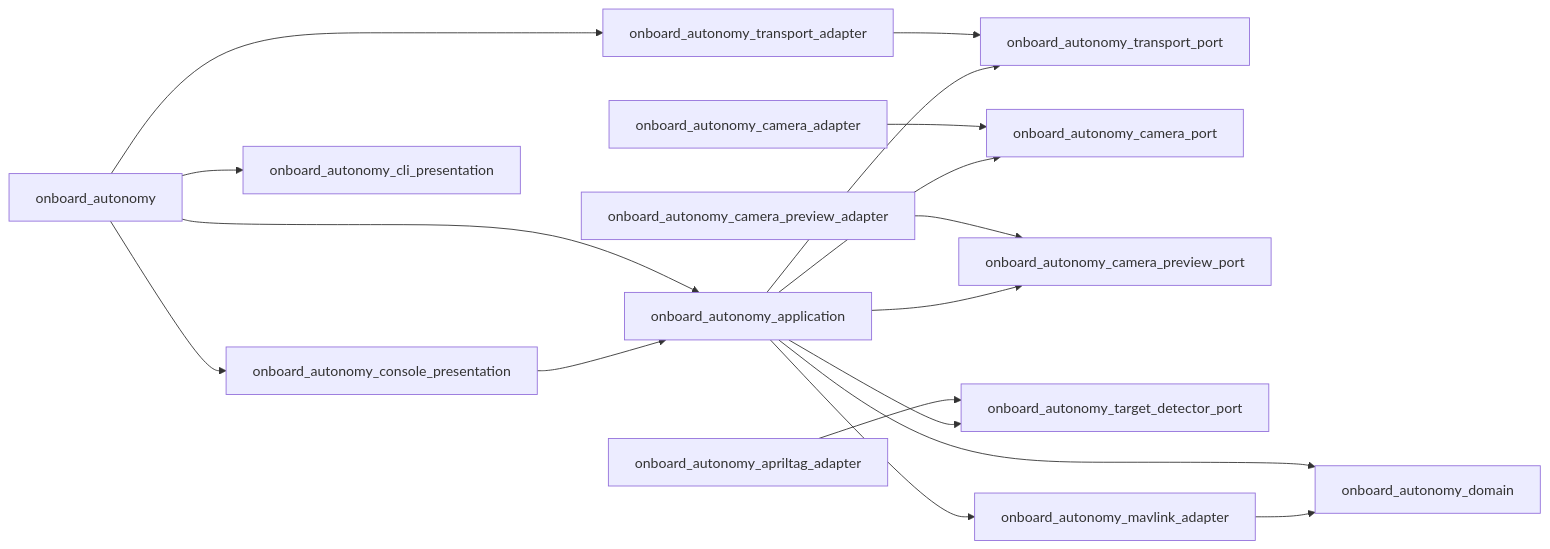
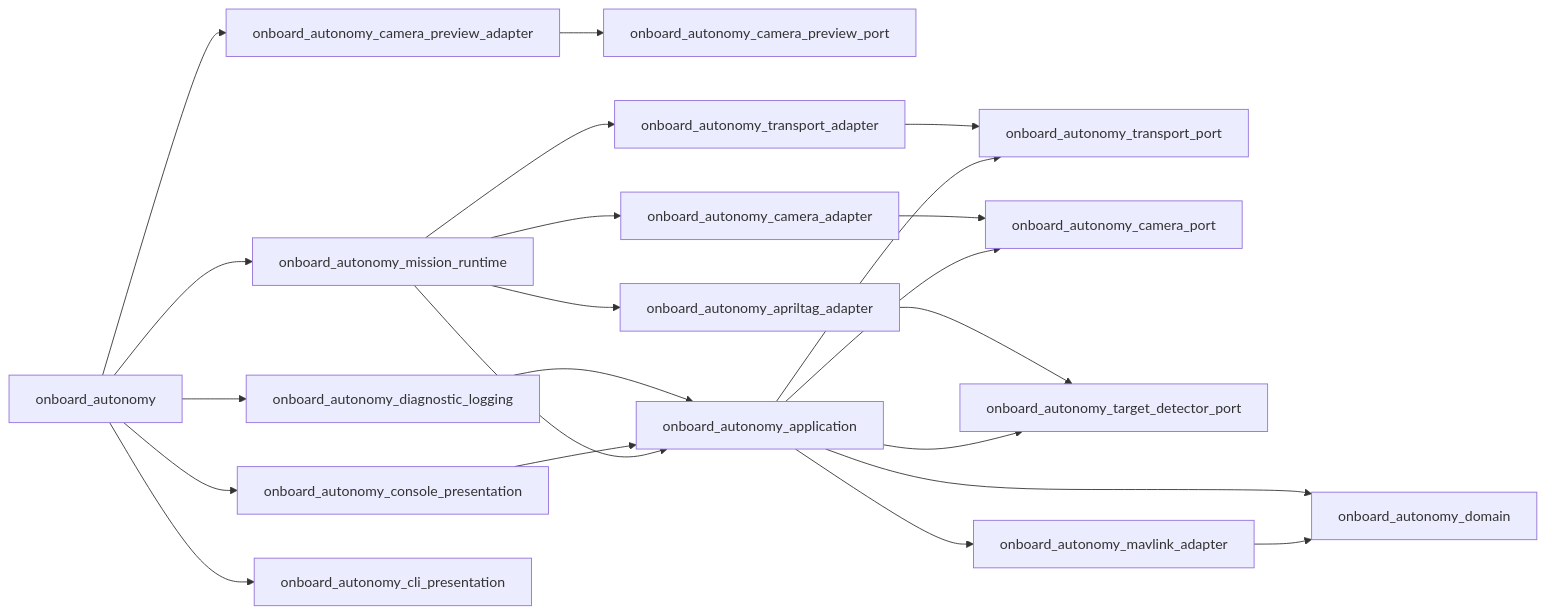
Before and after one commit to matemink/OnboardAutonomy: the second of 2 diagrams in docs/architecture.md, drawn with Mermaid. The commit also changed other lines of this file and 17 other files, not shown here.

First line of the commit message:
Separate mission runtime from operator and diagnostics (#45)

````diff
--- a/docs/architecture.md
+++ b/docs/architecture.md
@@ -52,25 +54,30 @@
 ```mermaid
 flowchart LR
     Domain["onboard_autonomy_domain"]
     TransportPort["onboard_autonomy_transport_port"]
     CameraPort["onboard_autonomy_camera_port"]
     PreviewPort["onboard_autonomy_camera_preview_port"]
     DetectorPort["onboard_autonomy_target_detector_port"]
     Mavlink["onboard_autonomy_mavlink_adapter"] --> Domain
     Application["onboard_autonomy_application"] --> Domain
     Application --> Mavlink
     Application --> TransportPort
     Application --> CameraPort
-    Application --> PreviewPort
     Application --> DetectorPort
     Transport["onboard_autonomy_transport_adapter"] --> TransportPort
     Camera["onboard_autonomy_camera_adapter"] --> CameraPort
     Preview["onboard_autonomy_camera_preview_adapter"] --> PreviewPort
     AprilTag["onboard_autonomy_apriltag_adapter"] --> DetectorPort
+    Mission["onboard_autonomy_mission_runtime"] --> Application
+    Mission --> Transport
+    Mission --> Camera
+    Mission --> AprilTag
     Presentation["onboard_autonomy_console_presentation"] --> Application
+    Diagnostics["onboard_autonomy_diagnostic_logging"] --> Application
     CLI["onboard_autonomy_cli_presentation"]
-    Executable["onboard_autonomy"] --> Application
-    Executable --> Transport
+    Executable["onboard_autonomy"] --> Mission
     Executable --> Presentation
+    Executable --> Diagnostics
+    Executable --> Preview
     Executable --> CLI
 ```
````
